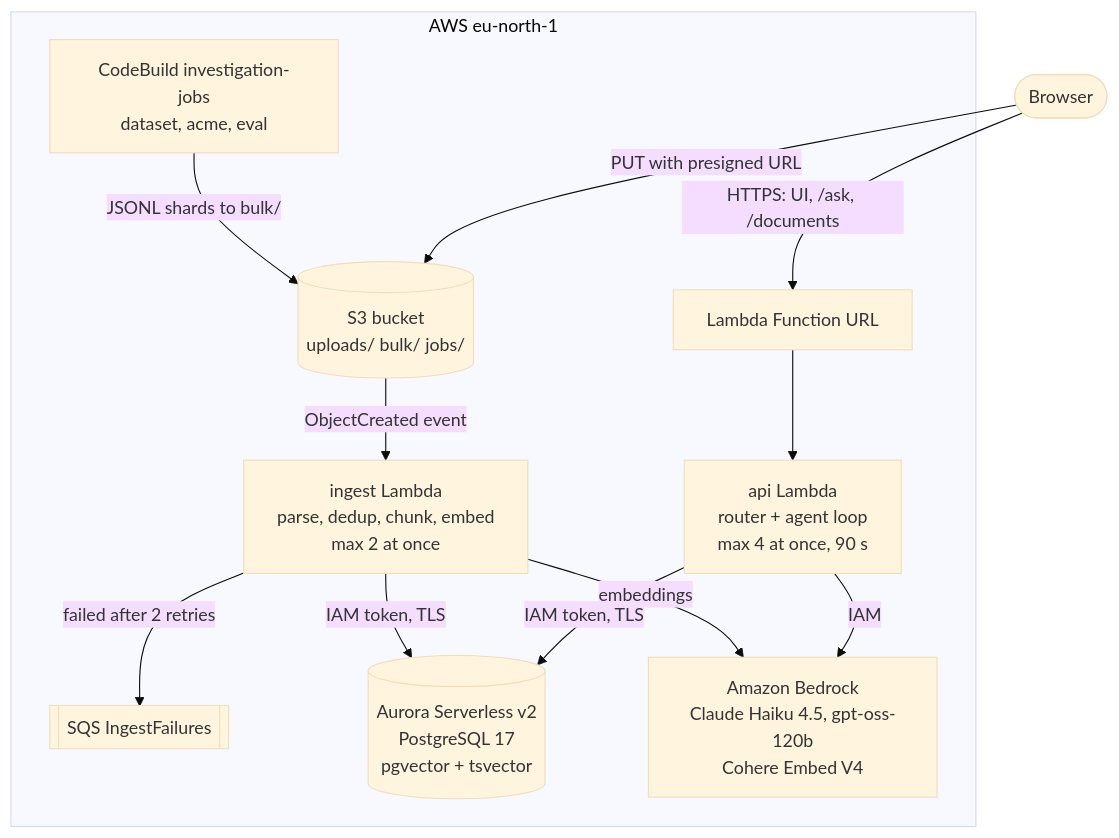
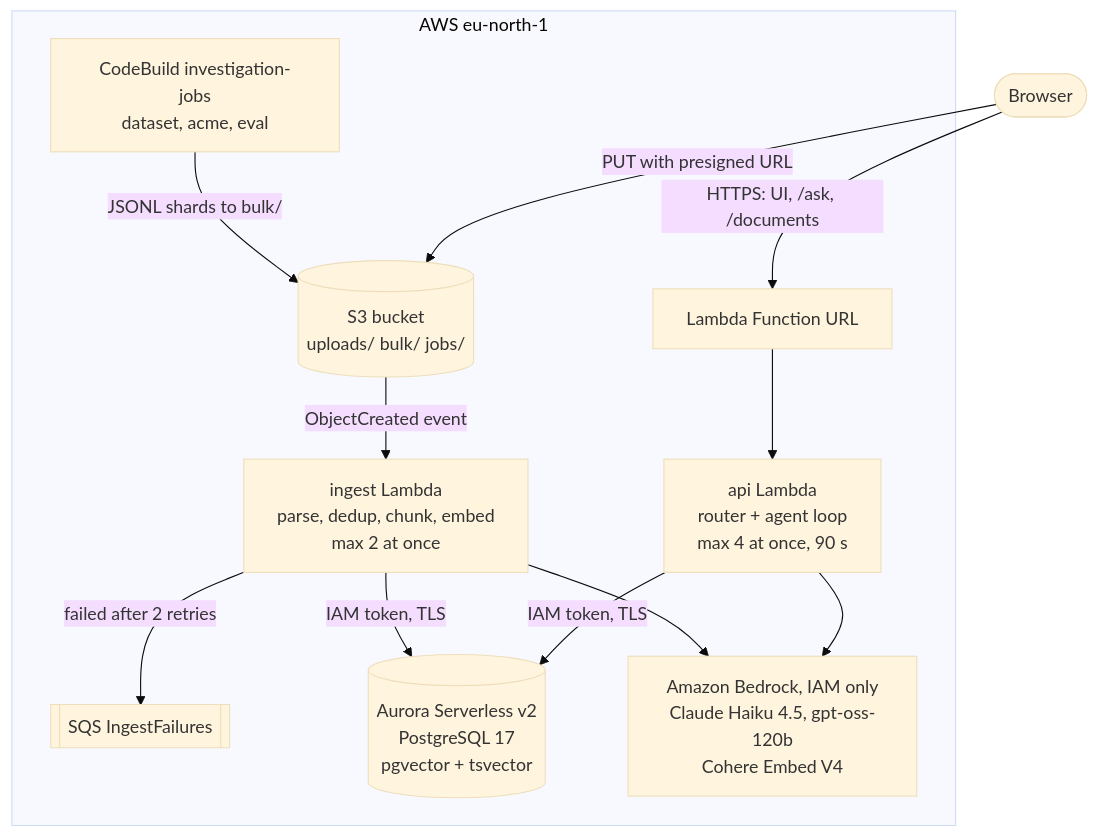
Before and after one commit to Pro100Sergosha/investigation-engine: the first of 4 diagrams in README.md, drawn with Mermaid (base theme).

Commit message:
Drop overlapping edge labels to Bedrock in the system diagram
Claude-Session: https://claude.ai/code/session_01VYMXEh4GgXWG7jGWp8uhGh

````diff
--- a/README.md
+++ b/README.md
@@ -70,23 +70,23 @@
 ```mermaid
 flowchart TB
     user(["Browser"])
     subgraph aws["AWS eu-north-1"]
         url["Lambda Function URL"]
         api["api Lambda<br/>router + agent loop<br/>max 4 at once, 90 s"]
         s3[("S3 bucket<br/>uploads/ bulk/ jobs/")]
         ingest["ingest Lambda<br/>parse, dedup, chunk, embed<br/>max 2 at once"]
         sqs[["SQS IngestFailures"]]
         db[("Aurora Serverless v2<br/>PostgreSQL 17<br/>pgvector + tsvector")]
-        bedrock["Amazon Bedrock<br/>Claude Haiku 4.5, gpt-oss-120b<br/>Cohere Embed V4"]
+        bedrock["Amazon Bedrock, IAM only<br/>Claude Haiku 4.5, gpt-oss-120b<br/>Cohere Embed V4"]
         jobs["CodeBuild investigation-jobs<br/>dataset, acme, eval"]
     end
     user -- "HTTPS: UI, /ask, /documents" --> url --> api
     user -- "PUT with presigned URL" --> s3
     s3 -- "ObjectCreated event" --> ingest
     jobs -- "JSONL shards to bulk/" --> s3
     api -- "IAM token, TLS" --> db
     ingest -- "IAM token, TLS" --> db
-    api -- "IAM" --> bedrock
-    ingest -- "embeddings" --> bedrock
+    api --> bedrock
+    ingest --> bedrock
     ingest -- "failed after 2 retries" --> sqs
 ```
````
